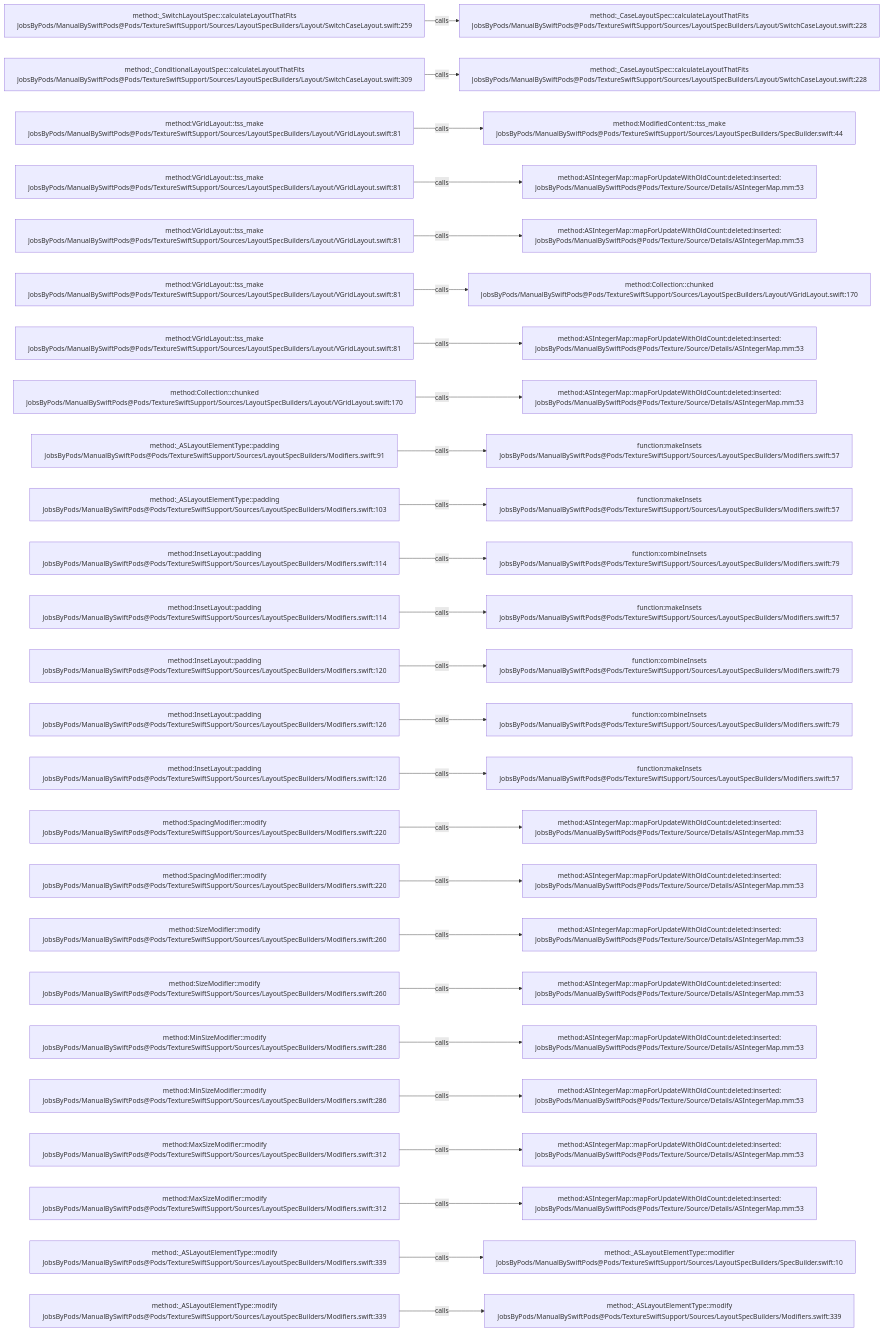
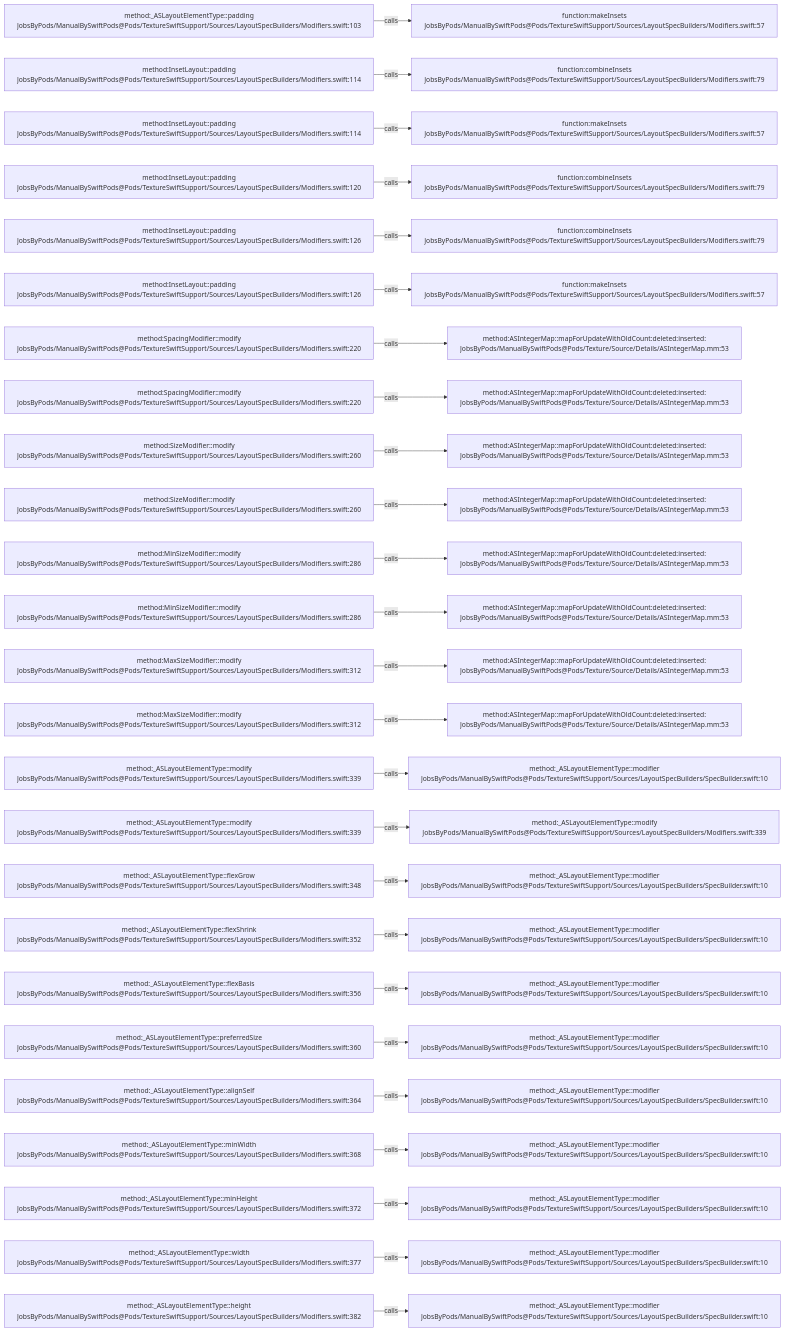
One commit to JobsKits/JobsSwiftBaseConfigDemo changed the diagram in .codegraph/codegraph.md/graphs/calls-158.md. Above: the diagram before and after it, drawn with Mermaid. The commit also changed 707 other files, not shown here.

````diff
--- a/.codegraph/codegraph.md/graphs/calls-158.md
+++ b/.codegraph/codegraph.md/graphs/calls-158.md
@@ -13,78 +13,78 @@
 ```mermaid
 flowchart LR
-  S1["method:_SwitchLayoutSpec::calculateLayoutThatFits<br/>JobsByPods/ManualBySwiftPods@Pods/TextureSwiftSupport/Sources/LayoutSpecBuilders/Layout/SwitchCaseLayout.swift:259"]
-  T1["method:_CaseLayoutSpec::calculateLayoutThatFits<br/>JobsByPods/ManualBySwiftPods@Pods/TextureSwiftSupport/Sources/LayoutSpecBuilders/Layout/SwitchCaseLayout.swift:228"]
+  S1["method:_ASLayoutElementType::padding<br/>JobsByPods/ManualBySwiftPods@Pods/TextureSwiftSupport/Sources/LayoutSpecBuilders/Modifiers.swift:103"]
+  T1["function:makeInsets<br/>JobsByPods/ManualBySwiftPods@Pods/TextureSwiftSupport/Sources/LayoutSpecBuilders/Modifiers.swift:57"]
   S1 -->|calls| T1
-  S2["method:_ConditionalLayoutSpec::calculateLayoutThatFits<br/>JobsByPods/ManualBySwiftPods@Pods/TextureSwiftSupport/Sources/LayoutSpecBuilders/Layout/SwitchCaseLayout.swift:309"]
-  T2["method:_CaseLayoutSpec::calculateLayoutThatFits<br/>JobsByPods/ManualBySwiftPods@Pods/TextureSwiftSupport/Sources/LayoutSpecBuilders/Layout/SwitchCaseLayout.swift:228"]
+  S2["method:InsetLayout::padding<br/>JobsByPods/ManualBySwiftPods@Pods/TextureSwiftSupport/Sources/LayoutSpecBuilders/Modifiers.swift:114"]
+  T2["function:combineInsets<br/>JobsByPods/ManualBySwiftPods@Pods/TextureSwiftSupport/Sources/LayoutSpecBuilders/Modifiers.swift:79"]
   S2 -->|calls| T2
-  S3["method:VGridLayout::tss_make<br/>JobsByPods/ManualBySwiftPods@Pods/TextureSwiftSupport/Sources/LayoutSpecBuilders/Layout/VGridLayout.swift:81"]
-  T3["method:ModifiedContent::tss_make<br/>JobsByPods/ManualBySwiftPods@Pods/TextureSwiftSupport/Sources/LayoutSpecBuilders/SpecBuilder.swift:44"]
+  S3["method:InsetLayout::padding<br/>JobsByPods/ManualBySwiftPods@Pods/TextureSwiftSupport/Sources/LayoutSpecBuilders/Modifiers.swift:114"]
+  T3["function:makeInsets<br/>JobsByPods/ManualBySwiftPods@Pods/TextureSwiftSupport/Sources/LayoutSpecBuilders/Modifiers.swift:57"]
   S3 -->|calls| T3
-  S4["method:VGridLayout::tss_make<br/>JobsByPods/ManualBySwiftPods@Pods/TextureSwiftSupport/Sources/LayoutSpecBuilders/Layout/VGridLayout.swift:81"]
-  T4["method:ASIntegerMap::mapForUpdateWithOldCount:deleted:inserted:<br/>JobsByPods/ManualBySwiftPods@Pods/Texture/Source/Details/ASIntegerMap.mm:53"]
+  S4["method:InsetLayout::padding<br/>JobsByPods/ManualBySwiftPods@Pods/TextureSwiftSupport/Sources/LayoutSpecBuilders/Modifiers.swift:120"]
+  T4["function:combineInsets<br/>JobsByPods/ManualBySwiftPods@Pods/TextureSwiftSupport/Sources/LayoutSpecBuilders/Modifiers.swift:79"]
   S4 -->|calls| T4
-  S5["method:VGridLayout::tss_make<br/>JobsByPods/ManualBySwiftPods@Pods/TextureSwiftSupport/Sources/LayoutSpecBuilders/Layout/VGridLayout.swift:81"]
-  T5["method:ASIntegerMap::mapForUpdateWithOldCount:deleted:inserted:<br/>JobsByPods/ManualBySwiftPods@Pods/Texture/Source/Details/ASIntegerMap.mm:53"]
+  S5["method:InsetLayout::padding<br/>JobsByPods/ManualBySwiftPods@Pods/TextureSwiftSupport/Sources/LayoutSpecBuilders/Modifiers.swift:126"]
+  T5["function:combineInsets<br/>JobsByPods/ManualBySwiftPods@Pods/TextureSwiftSupport/Sources/LayoutSpecBuilders/Modifiers.swift:79"]
   S5 -->|calls| T5
-  S6["method:VGridLayout::tss_make<br/>JobsByPods/ManualBySwiftPods@Pods/TextureSwiftSupport/Sources/LayoutSpecBuilders/Layout/VGridLayout.swift:81"]
-  T6["method:Collection::chunked<br/>JobsByPods/ManualBySwiftPods@Pods/TextureSwiftSupport/Sources/LayoutSpecBuilders/Layout/VGridLayout.swift:170"]
+  S6["method:InsetLayout::padding<br/>JobsByPods/ManualBySwiftPods@Pods/TextureSwiftSupport/Sources/LayoutSpecBuilders/Modifiers.swift:126"]
+  T6["function:makeInsets<br/>JobsByPods/ManualBySwiftPods@Pods/TextureSwiftSupport/Sources/LayoutSpecBuilders/Modifiers.swift:57"]
   S6 -->|calls| T6
-  S7["method:VGridLayout::tss_make<br/>JobsByPods/ManualBySwiftPods@Pods/TextureSwiftSupport/Sources/LayoutSpecBuilders/Layout/VGridLayout.swift:81"]
+  S7["method:SpacingModifier::modify<br/>JobsByPods/ManualBySwiftPods@Pods/TextureSwiftSupport/Sources/LayoutSpecBuilders/Modifiers.swift:220"]
   T7["method:ASIntegerMap::mapForUpdateWithOldCount:deleted:inserted:<br/>JobsByPods/ManualBySwiftPods@Pods/Texture/Source/Details/ASIntegerMap.mm:53"]
   S7 -->|calls| T7
-  S8["method:Collection::chunked<br/>JobsByPods/ManualBySwiftPods@Pods/TextureSwiftSupport/Sources/LayoutSpecBuilders/Layout/VGridLayout.swift:170"]
+  S8["method:SpacingModifier::modify<br/>JobsByPods/ManualBySwiftPods@Pods/TextureSwiftSupport/Sources/LayoutSpecBuilders/Modifiers.swift:220"]
   T8["method:ASIntegerMap::mapForUpdateWithOldCount:deleted:inserted:<br/>JobsByPods/ManualBySwiftPods@Pods/Texture/Source/Details/ASIntegerMap.mm:53"]
   S8 -->|calls| T8
-  S9["method:_ASLayoutElementType::padding<br/>JobsByPods/ManualBySwiftPods@Pods/TextureSwiftSupport/Sources/LayoutSpecBuilders/Modifiers.swift:91"]
-  T9["function:makeInsets<br/>JobsByPods/ManualBySwiftPods@Pods/TextureSwiftSupport/Sources/LayoutSpecBuilders/Modifiers.swift:57"]
+  S9["method:SizeModifier::modify<br/>JobsByPods/ManualBySwiftPods@Pods/TextureSwiftSupport/Sources/LayoutSpecBuilders/Modifiers.swift:260"]
+  T9["method:ASIntegerMap::mapForUpdateWithOldCount:deleted:inserted:<br/>JobsByPods/ManualBySwiftPods@Pods/Texture/Source/Details/ASIntegerMap.mm:53"]
   S9 -->|calls| T9
-  S10["method:_ASLayoutElementType::padding<br/>JobsByPods/ManualBySwiftPods@Pods/TextureSwiftSupport/Sources/LayoutSpecBuilders/Modifiers.swift:103"]
-  T10["function:makeInsets<br/>JobsByPods/ManualBySwiftPods@Pods/TextureSwiftSupport/Sources/LayoutSpecBuilders/Modifiers.swift:57"]
+  S10["method:SizeModifier::modify<br/>JobsByPods/ManualBySwiftPods@Pods/TextureSwiftSupport/Sources/LayoutSpecBuilders/Modifiers.swift:260"]
+  T10["method:ASIntegerMap::mapForUpdateWithOldCount:deleted:inserted:<br/>JobsByPods/ManualBySwiftPods@Pods/Texture/Source/Details/ASIntegerMap.mm:53"]
   S10 -->|calls| T10
-  S11["method:InsetLayout::padding<br/>JobsByPods/ManualBySwiftPods@Pods/TextureSwiftSupport/Sources/LayoutSpecBuilders/Modifiers.swift:114"]
-  T11["function:combineInsets<br/>JobsByPods/ManualBySwiftPods@Pods/TextureSwiftSupport/Sources/LayoutSpecBuilders/Modifiers.swift:79"]
+  S11["method:MinSizeModifier::modify<br/>JobsByPods/ManualBySwiftPods@Pods/TextureSwiftSupport/Sources/LayoutSpecBuilders/Modifiers.swift:286"]
+  T11["method:ASIntegerMap::mapForUpdateWithOldCount:deleted:inserted:<br/>JobsByPods/ManualBySwiftPods@Pods/Texture/Source/Details/ASIntegerMap.mm:53"]
   S11 -->|calls| T11
-  S12["method:InsetLayout::padding<br/>JobsByPods/ManualBySwiftPods@Pods/TextureSwiftSupport/Sources/LayoutSpecBuilders/Modifiers.swift:114"]
-  T12["function:makeInsets<br/>JobsByPods/ManualBySwiftPods@Pods/TextureSwiftSupport/Sources/LayoutSpecBuilders/Modifiers.swift:57"]
+  S12["method:MinSizeModifier::modify<br/>JobsByPods/ManualBySwiftPods@Pods/TextureSwiftSupport/Sources/LayoutSpecBuilders/Modifiers.swift:286"]
+  T12["method:ASIntegerMap::mapForUpdateWithOldCount:deleted:inserted:<br/>JobsByPods/ManualBySwiftPods@Pods/Texture/Source/Details/ASIntegerMap.mm:53"]
   S12 -->|calls| T12
-  S13["method:InsetLayout::padding<br/>JobsByPods/ManualBySwiftPods@Pods/TextureSwiftSupport/Sources/LayoutSpecBuilders/Modifiers.swift:120"]
-  T13["function:combineInsets<br/>JobsByPods/ManualBySwiftPods@Pods/TextureSwiftSupport/Sources/LayoutSpecBuilders/Modifiers.swift:79"]
+  S13["method:MaxSizeModifier::modify<br/>JobsByPods/ManualBySwiftPods@Pods/TextureSwiftSupport/Sources/LayoutSpecBuilders/Modifiers.swift:312"]
+  T13["method:ASIntegerMap::mapForUpdateWithOldCount:deleted:inserted:<br/>JobsByPods/ManualBySwiftPods@Pods/Texture/Source/Details/ASIntegerMap.mm:53"]
   S13 -->|calls| T13
-  S14["method:InsetLayout::padding<br/>JobsByPods/ManualBySwiftPods@Pods/TextureSwiftSupport/Sources/LayoutSpecBuilders/Modifiers.swift:126"]
-  T14["function:combineInsets<br/>JobsByPods/ManualBySwiftPods@Pods/TextureSwiftSupport/Sources/LayoutSpecBuilders/Modifiers.swift:79"]
+  S14["method:MaxSizeModifier::modify<br/>JobsByPods/ManualBySwiftPods@Pods/TextureSwiftSupport/Sources/LayoutSpecBuilders/Modifiers.swift:312"]
+  T14["method:ASIntegerMap::mapForUpdateWithOldCount:deleted:inserted:<br/>JobsByPods/ManualBySwiftPods@Pods/Texture/Source/Details/ASIntegerMap.mm:53"]
   S14 -->|calls| T14
-  S15["method:InsetLayout::padding<br/>JobsByPods/ManualBySwiftPods@Pods/TextureSwiftSupport/Sources/LayoutSpecBuilders/Modifiers.swift:126"]
-  T15["function:makeInsets<br/>JobsByPods/ManualBySwiftPods@Pods/TextureSwiftSupport/Sources/LayoutSpecBuilders/Modifiers.swift:57"]
+  S15["method:_ASLayoutElementType::modify<br/>JobsByPods/ManualBySwiftPods@Pods/TextureSwiftSupport/Sources/LayoutSpecBuilders/Modifiers.swift:339"]
+  T15["method:_ASLayoutElementType::modifier<br/>JobsByPods/ManualBySwiftPods@Pods/TextureSwiftSupport/Sources/LayoutSpecBuilders/SpecBuilder.swift:10"]
   S15 -->|calls| T15
-  S16["method:SpacingModifier::modify<br/>JobsByPods/ManualBySwiftPods@Pods/TextureSwiftSupport/Sources/LayoutSpecBuilders/Modifiers.swift:220"]
-  T16["method:ASIntegerMap::mapForUpdateWithOldCount:deleted:inserted:<br/>JobsByPods/ManualBySwiftPods@Pods/Texture/Source/Details/ASIntegerMap.mm:53"]
+  S16["method:_ASLayoutElementType::modify<br/>JobsByPods/ManualBySwiftPods@Pods/TextureSwiftSupport/Sources/LayoutSpecBuilders/Modifiers.swift:339"]
+  T16["method:_ASLayoutElementType::modify<br/>JobsByPods/ManualBySwiftPods@Pods/TextureSwiftSupport/Sources/LayoutSpecBuilders/Modifiers.swift:339"]
   S16 -->|calls| T16
-  S17["method:SpacingModifier::modify<br/>JobsByPods/ManualBySwiftPods@Pods/TextureSwiftSupport/Sources/LayoutSpecBuilders/Modifiers.swift:220"]
-  T17["method:ASIntegerMap::mapForUpdateWithOldCount:deleted:inserted:<br/>JobsByPods/ManualBySwiftPods@Pods/Texture/Source/Details/ASIntegerMap.mm:53"]
+  S17["method:_ASLayoutElementType::flexGrow<br/>JobsByPods/ManualBySwiftPods@Pods/TextureSwiftSupport/Sources/LayoutSpecBuilders/Modifiers.swift:348"]
+  T17["method:_ASLayoutElementType::modifier<br/>JobsByPods/ManualBySwiftPods@Pods/TextureSwiftSupport/Sources/LayoutSpecBuilders/SpecBuilder.swift:10"]
   S17 -->|calls| T17
-  S18["method:SizeModifier::modify<br/>JobsByPods/ManualBySwiftPods@Pods/TextureSwiftSupport/Sources/LayoutSpecBuilders/Modifiers.swift:260"]
-  T18["method:ASIntegerMap::mapForUpdateWithOldCount:deleted:inserted:<br/>JobsByPods/ManualBySwiftPods@Pods/Texture/Source/Details/ASIntegerMap.mm:53"]
+  S18["method:_ASLayoutElementType::flexShrink<br/>JobsByPods/ManualBySwiftPods@Pods/TextureSwiftSupport/Sources/LayoutSpecBuilders/Modifiers.swift:352"]
+  T18["method:_ASLayoutElementType::modifier<br/>JobsByPods/ManualBySwiftPods@Pods/TextureSwiftSupport/Sources/LayoutSpecBuilders/SpecBuilder.swift:10"]
   S18 -->|calls| T18
-  S19["method:SizeModifier::modify<br/>JobsByPods/ManualBySwiftPods@Pods/TextureSwiftSupport/Sources/LayoutSpecBuilders/Modifiers.swift:260"]
-  T19["method:ASIntegerMap::mapForUpdateWithOldCount:deleted:inserted:<br/>JobsByPods/ManualBySwiftPods@Pods/Texture/Source/Details/ASIntegerMap.mm:53"]
+  S19["method:_ASLayoutElementType::flexBasis<br/>JobsByPods/ManualBySwiftPods@Pods/TextureSwiftSupport/Sources/LayoutSpecBuilders/Modifiers.swift:356"]
+  T19["method:_ASLayoutElementType::modifier<br/>JobsByPods/ManualBySwiftPods@Pods/TextureSwiftSupport/Sources/LayoutSpecBuilders/SpecBuilder.swift:10"]
   S19 -->|calls| T19
-  S20["method:MinSizeModifier::modify<br/>JobsByPods/ManualBySwiftPods@Pods/TextureSwiftSupport/Sources/LayoutSpecBuilders/Modifiers.swift:286"]
-  T20["method:ASIntegerMap::mapForUpdateWithOldCount:deleted:inserted:<br/>JobsByPods/ManualBySwiftPods@Pods/Texture/Source/Details/ASIntegerMap.mm:53"]
+  S20["method:_ASLayoutElementType::preferredSize<br/>JobsByPods/ManualBySwiftPods@Pods/TextureSwiftSupport/Sources/LayoutSpecBuilders/Modifiers.swift:360"]
+  T20["method:_ASLayoutElementType::modifier<br/>JobsByPods/ManualBySwiftPods@Pods/TextureSwiftSupport/Sources/LayoutSpecBuilders/SpecBuilder.swift:10"]
   S20 -->|calls| T20
-  S21["method:MinSizeModifier::modify<br/>JobsByPods/ManualBySwiftPods@Pods/TextureSwiftSupport/Sources/LayoutSpecBuilders/Modifiers.swift:286"]
-  T21["method:ASIntegerMap::mapForUpdateWithOldCount:deleted:inserted:<br/>JobsByPods/ManualBySwiftPods@Pods/Texture/Source/Details/ASIntegerMap.mm:53"]
+  S21["method:_ASLayoutElementType::alignSelf<br/>JobsByPods/ManualBySwiftPods@Pods/TextureSwiftSupport/Sources/LayoutSpecBuilders/Modifiers.swift:364"]
+  T21["method:_ASLayoutElementType::modifier<br/>JobsByPods/ManualBySwiftPods@Pods/TextureSwiftSupport/Sources/LayoutSpecBuilders/SpecBuilder.swift:10"]
   S21 -->|calls| T21
-  S22["method:MaxSizeModifier::modify<br/>JobsByPods/ManualBySwiftPods@Pods/TextureSwiftSupport/Sources/LayoutSpecBuilders/Modifiers.swift:312"]
-  T22["method:ASIntegerMap::mapForUpdateWithOldCount:deleted:inserted:<br/>JobsByPods/ManualBySwiftPods@Pods/Texture/Source/Details/ASIntegerMap.mm:53"]
+  S22["method:_ASLayoutElementType::minWidth<br/>JobsByPods/ManualBySwiftPods@Pods/TextureSwiftSupport/Sources/LayoutSpecBuilders/Modifiers.swift:368"]
+  T22["method:_ASLayoutElementType::modifier<br/>JobsByPods/ManualBySwiftPods@Pods/TextureSwiftSupport/Sources/LayoutSpecBuilders/SpecBuilder.swift:10"]
   S22 -->|calls| T22
-  S23["method:MaxSizeModifier::modify<br/>JobsByPods/ManualBySwiftPods@Pods/TextureSwiftSupport/Sources/LayoutSpecBuilders/Modifiers.swift:312"]
-  T23["method:ASIntegerMap::mapForUpdateWithOldCount:deleted:inserted:<br/>JobsByPods/ManualBySwiftPods@Pods/Texture/Source/Details/ASIntegerMap.mm:53"]
+  S23["method:_ASLayoutElementType::minHeight<br/>JobsByPods/ManualBySwiftPods@Pods/TextureSwiftSupport/Sources/LayoutSpecBuilders/Modifiers.swift:372"]
+  T23["method:_ASLayoutElementType::modifier<br/>JobsByPods/ManualBySwiftPods@Pods/TextureSwiftSupport/Sources/LayoutSpecBuilders/SpecBuilder.swift:10"]
   S23 -->|calls| T23
-  S24["method:_ASLayoutElementType::modify<br/>JobsByPods/ManualBySwiftPods@Pods/TextureSwiftSupport/Sources/LayoutSpecBuilders/Modifiers.swift:339"]
+  S24["method:_ASLayoutElementType::width<br/>JobsByPods/ManualBySwiftPods@Pods/TextureSwiftSupport/Sources/LayoutSpecBuilders/Modifiers.swift:377"]
   T24["method:_ASLayoutElementType::modifier<br/>JobsByPods/ManualBySwiftPods@Pods/TextureSwiftSupport/Sources/LayoutSpecBuilders/SpecBuilder.swift:10"]
   S24 -->|calls| T24
-  S25["method:_ASLayoutElementType::modify<br/>JobsByPods/ManualBySwiftPods@Pods/TextureSwiftSupport/Sources/LayoutSpecBuilders/Modifiers.swift:339"]
-  T25["method:_ASLayoutElementType::modify<br/>JobsByPods/ManualBySwiftPods@Pods/TextureSwiftSupport/Sources/LayoutSpecBuilders/Modifiers.swift:339"]
+  S25["method:_ASLayoutElementType::height<br/>JobsByPods/ManualBySwiftPods@Pods/TextureSwiftSupport/Sources/LayoutSpecBuilders/Modifiers.swift:382"]
+  T25["method:_ASLayoutElementType::modifier<br/>JobsByPods/ManualBySwiftPods@Pods/TextureSwiftSupport/Sources/LayoutSpecBuilders/SpecBuilder.swift:10"]
   S25 -->|calls| T25
 ```
````
